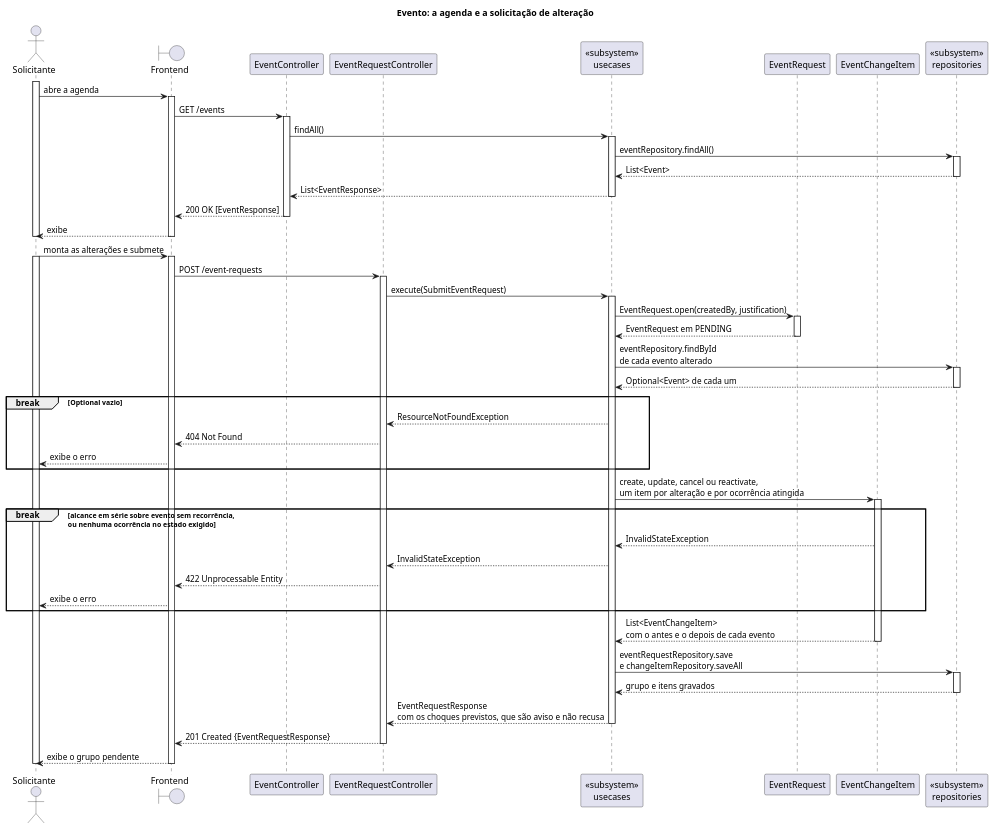
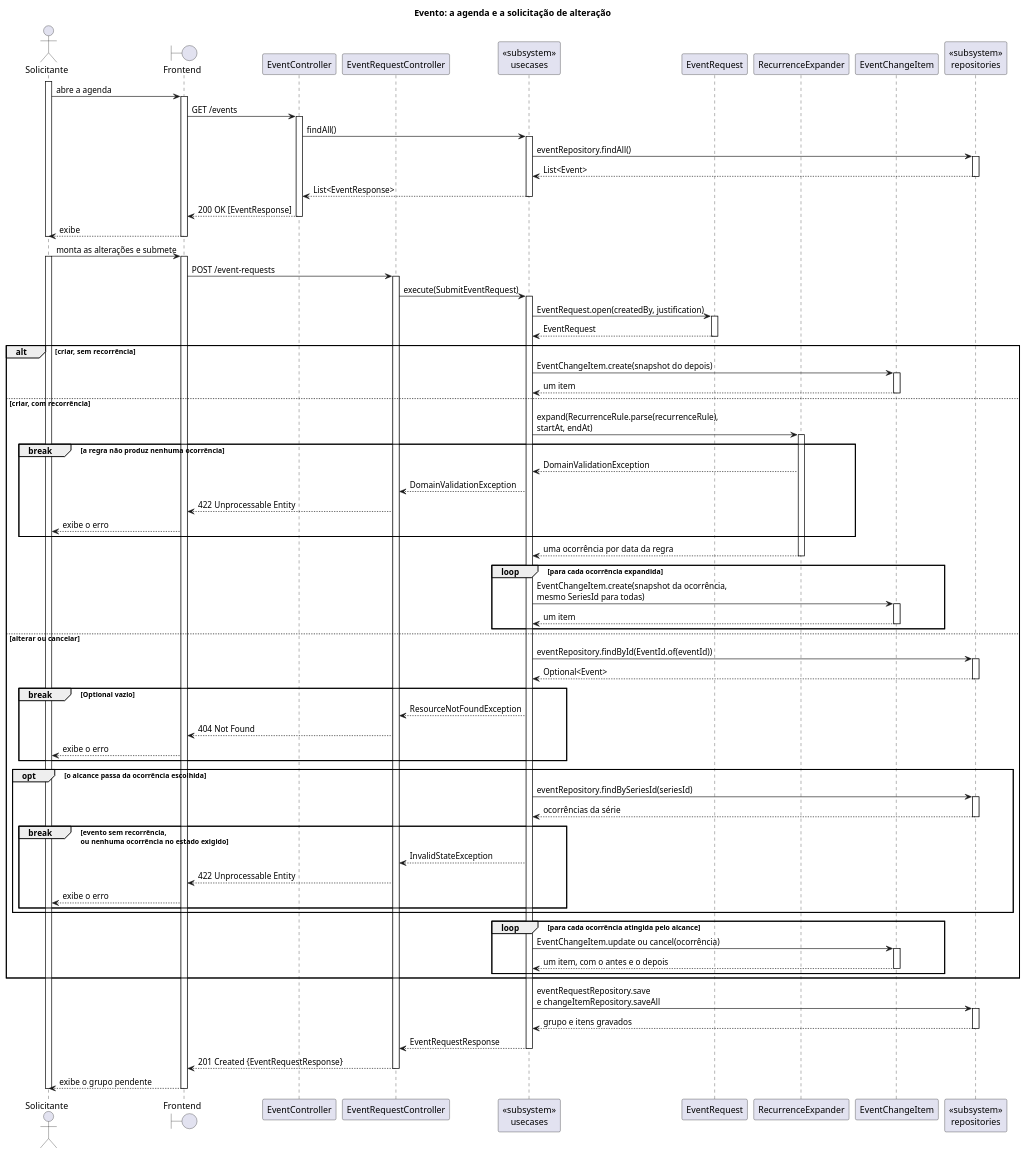
Before and after one commit to Neoguara/rooms-diagrams: the diagram in src/plantuml/sequencia/simples/event.puml, drawn with PlantUML. The commit also changed 1 other file, not shown here.

```diff
--- a/src/plantuml/sequencia/simples/event.puml
+++ b/src/plantuml/sequencia/simples/event.puml
@@ -1,122 +1,185 @@
 @startuml event_simples
 
 ' A tela da agenda, no estilo simplista: o solicitante vê os eventos e pede alterações. A
 ' tela do aprovador, com a fila e a decisão, está em event_request.puml. Os diagramas
 ' completos continuam em sequencia/event/, e é lá que estão todos os desvios.
 '
 ' A forma do diagrama segue o uso da tela: abrir a agenda lista os eventos, e a listagem é
 ' obrigatória, acontece antes de tudo e não é alternativa a nada. A solicitação vem depois
-' dela, e é a única operação que esta tela oferece. Por isso não há alt aqui: não existem
-' caminhos alternativos a escolher, existe um só, que é o que o solicitante faz.
+' dela, e é a única operação que esta tela oferece.
 '
-' Submeter não toca o evento. O que se pretende fazer fica guardado nos itens do grupo,
-' que nascem em PENDING; só a aprovação efetiva, e ela está em event_request.puml.
+' Uma submissão aqui carrega uma alteração só. O caso de uso aceita uma lista e percorre
+' todas em um laço, mas isso não muda o que acontece com cada uma, e o laço de fora só
+' empurrava o resto do desenho para dentro de mais uma caixa. Ele está nos completos.
 '
-' Cinco cortes em relação aos completos:
+' O alt é o assunto do diagrama. Uma alteração não vira um item, vira quantos itens ela
+' atingir, e os três ramos são os três caminhos para isso: criar sem recorrência chama o
+' EventChangeItem uma vez; criar com recorrência expande a regra em ocorrências; alterar
+' ou cancelar em lote carrega as ocorrências já existentes da série. Os dois últimos têm
+' laço, o primeiro não, e é essa diferença que o diagrama precisa mostrar. É também por
+' isso que o grupo é montado aqui, e não na aprovação: quem decide vê exatamente quais
+' eventos serão tocados.
+'
+' Submeter não toca o evento. O que se pretende fazer fica guardado nos itens, que nascem
+' em PENDING; só a aprovação efetiva, e ela está em event_request.puml.
+'
+' Quatro cortes em relação aos completos:
 '   1. Porta e implementação viram um participante só, tipado como «subsystem».
 '   2. Os desvios são marcados com break, o fragmento que cancela o resto da interação,
-'      que é o que o throw faz: 404 no evento que não existe e 422 na alteração que o
-'      estado do evento não aceita. O 422 de changes vazio, que é a primeira linha do
-'      caso de uso, fica nos completos.
-'   3. Nenhum loop. Onde o código repete por item, a repetição fica dita na mensagem.
-'   4. Nenhuma mensagem para si mesmo, e ativação só em trecho reto. As barras aninham:
+'      que é o que o throw faz. O 422 de changes vazio, que é a primeira linha do caso de
+'      uso, fica nos completos.
+'   3. Nenhuma mensagem para si mesmo, e ativação só em trecho reto. As barras aninham:
 '      a do ator cobre a interação inteira, e cada camada abaixo ocupa menos tempo.
-'   5. O armazenamento não aparece. As mensagens param no participante de repositório,
+'   4. O armazenamento não aparece. As mensagens param no participante de repositório,
 '      e a consulta ou gravação fica implícita: o que importa é a conversa entre as
 '      camadas, não o SQL.
 '
-' O EventRequestConflicts não tem raia: o cálculo dos choques roda dentro do caso de uso,
-' e mensagem para si mesmo fica de fora deste estilo. O que sobra dele vai no rótulo do
-' retorno, que é onde ele importa: choque previsto é aviso, não recusa, e não impede a
-' submissão.
+' O 422 de recurrenceRule alterada num UPDATE entra na mesma guarda do break de estado:
+' os dois são InvalidStateException do mesmo ramo e dão a mesma resposta.
 '
-' O filtro por seriesId do GET /events fica de fora: é parâmetro de consulta, não troca
-' entre camadas. Não existe recurso de série, as ocorrências de uma recorrência são
-' listadas filtrando os eventos por seriesId.
+' O opt do alcance é literal: em THIS_OCCURRENCE o targetsOf devolve o próprio evento e não
+' encosta no repositório. O update ainda tem um atalho para esse caso, que devolve um item
+' sem montar o deslocamento; aqui ele aparece como o laço de uma volta só que é.
+'
+' O RecurrenceExpander absorve o RecurrenceRule.parse, que nos completos é uma raia à
+' parte. O filtro por seriesId do GET /events fica de fora: é parâmetro de consulta, não
+' troca entre camadas.
+'
+' Dois detalhes ficam fora porque não mudam a lógica. O EventRequestConflicts, que calcula
+' os choques previstos depois da gravação, é aviso e não recusa: tirá-lo não altera uma
+' mensagem sequer do caminho que o diagrama mostra. E o tipo REACTIVATE, que é o CANCEL ao
+' contrário e percorre exatamente as mesmas mensagens. Os dois estão nos completos.
 
 title Evento: a agenda e a solicitação de alteração
 
 actor "Solicitante" as Ator
 boundary "Frontend" as FE
 participant "EventController" as EvCtrl
 participant "EventRequestController" as ReqCtrl
 
 participant "<<subsystem>>\nusecases" as UC
 
 participant "EventRequest" as Req
+participant "RecurrenceExpander" as Expander
 participant "EventChangeItem" as Item
 
 participant "<<subsystem>>\nrepositories" as Repo
 
 activate Ator
 Ator -> FE: abre a agenda
 activate FE
 FE -> EvCtrl: GET /events
 activate EvCtrl
 EvCtrl -> UC: findAll()
 activate UC
 
 UC -> Repo: eventRepository.findAll()
 activate Repo
 Repo --> UC: List<Event>
 deactivate Repo
 
 UC --> EvCtrl: List<EventResponse>
 deactivate UC
 EvCtrl --> FE: 200 OK [EventResponse]
 deactivate EvCtrl
 FE --> Ator: exibe
 deactivate FE
 deactivate Ator
 
 Ator -> FE: monta as alterações e submete
 activate Ator
 activate FE
 FE -> ReqCtrl: POST /event-requests
 activate ReqCtrl
 ReqCtrl -> UC: execute(SubmitEventRequest)
 activate UC
 
 UC -> Req: EventRequest.open(createdBy, justification)
 activate Req
-Req --> UC: EventRequest em PENDING
+Req --> UC: EventRequest
 deactivate Req
 
-UC -> Repo: eventRepository.findById\nde cada evento alterado
-activate Repo
-Repo --> UC: Optional<Event> de cada um
-deactivate Repo
+alt criar, sem recorrência
 
-break Optional vazio
-  UC --> ReqCtrl: ResourceNotFoundException
-  ReqCtrl --> FE: 404 Not Found
-  FE --> Ator: exibe o erro
+  UC -> Item: EventChangeItem.create(snapshot do depois)
+  activate Item
+  Item --> UC: um item
+  deactivate Item
+
+else criar, com recorrência
+
+  UC -> Expander: expand(RecurrenceRule.parse(recurrenceRule),\nstartAt, endAt)
+  activate Expander
+
+  break a regra não produz nenhuma ocorrência
+    Expander --> UC: DomainValidationException
+    UC --> ReqCtrl: DomainValidationException
+    ReqCtrl --> FE: 422 Unprocessable Entity
+    FE --> Ator: exibe o erro
+  end
+
+  Expander --> UC: uma ocorrência por data da regra
+  deactivate Expander
+
+  loop para cada ocorrência expandida
+
+    UC -> Item: EventChangeItem.create(snapshot da ocorrência,\nmesmo SeriesId para todas)
+    activate Item
+    Item --> UC: um item
+    deactivate Item
+
+  end
+
+else alterar ou cancelar
+
+  UC -> Repo: eventRepository.findById(EventId.of(eventId))
+  activate Repo
+  Repo --> UC: Optional<Event>
+  deactivate Repo
+
+  break Optional vazio
+    UC --> ReqCtrl: ResourceNotFoundException
+    ReqCtrl --> FE: 404 Not Found
+    FE --> Ator: exibe o erro
+  end
+
+  opt o alcance passa da ocorrência escolhida
+
+    UC -> Repo: eventRepository.findBySeriesId(seriesId)
+    activate Repo
+    Repo --> UC: ocorrências da série
+    deactivate Repo
+
+    break evento sem recorrência,\nou nenhuma ocorrência no estado exigido
+      UC --> ReqCtrl: InvalidStateException
+      ReqCtrl --> FE: 422 Unprocessable Entity
+      FE --> Ator: exibe o erro
+    end
+
+  end
+
+  loop para cada ocorrência atingida pelo alcance
+
+    UC -> Item: EventChangeItem.update ou cancel(ocorrência)
+    activate Item
+    Item --> UC: um item, com o antes e o depois
+    deactivate Item
+
+  end
+
 end
-
-UC -> Item: create, update, cancel ou reactivate,\num item por alteração e por ocorrência atingida
-activate Item
-
-break alcance em série sobre evento sem recorrência,\nou nenhuma ocorrência no estado exigido
-  Item --> UC: InvalidStateException
-  UC --> ReqCtrl: InvalidStateException
-  ReqCtrl --> FE: 422 Unprocessable Entity
-  FE --> Ator: exibe o erro
-end
-
-Item --> UC: List<EventChangeItem>\ncom o antes e o depois de cada evento
-deactivate Item
 
 UC -> Repo: eventRequestRepository.save\ne changeItemRepository.saveAll
 activate Repo
 Repo --> UC: grupo e itens gravados
 deactivate Repo
 
-UC --> ReqCtrl: EventRequestResponse\ncom os choques previstos, que são aviso e não recusa
+UC --> ReqCtrl: EventRequestResponse
 deactivate UC
 ReqCtrl --> FE: 201 Created {EventRequestResponse}
 deactivate ReqCtrl
 FE --> Ator: exibe o grupo pendente
 deactivate FE
 deactivate Ator
 
 @enduml
```
